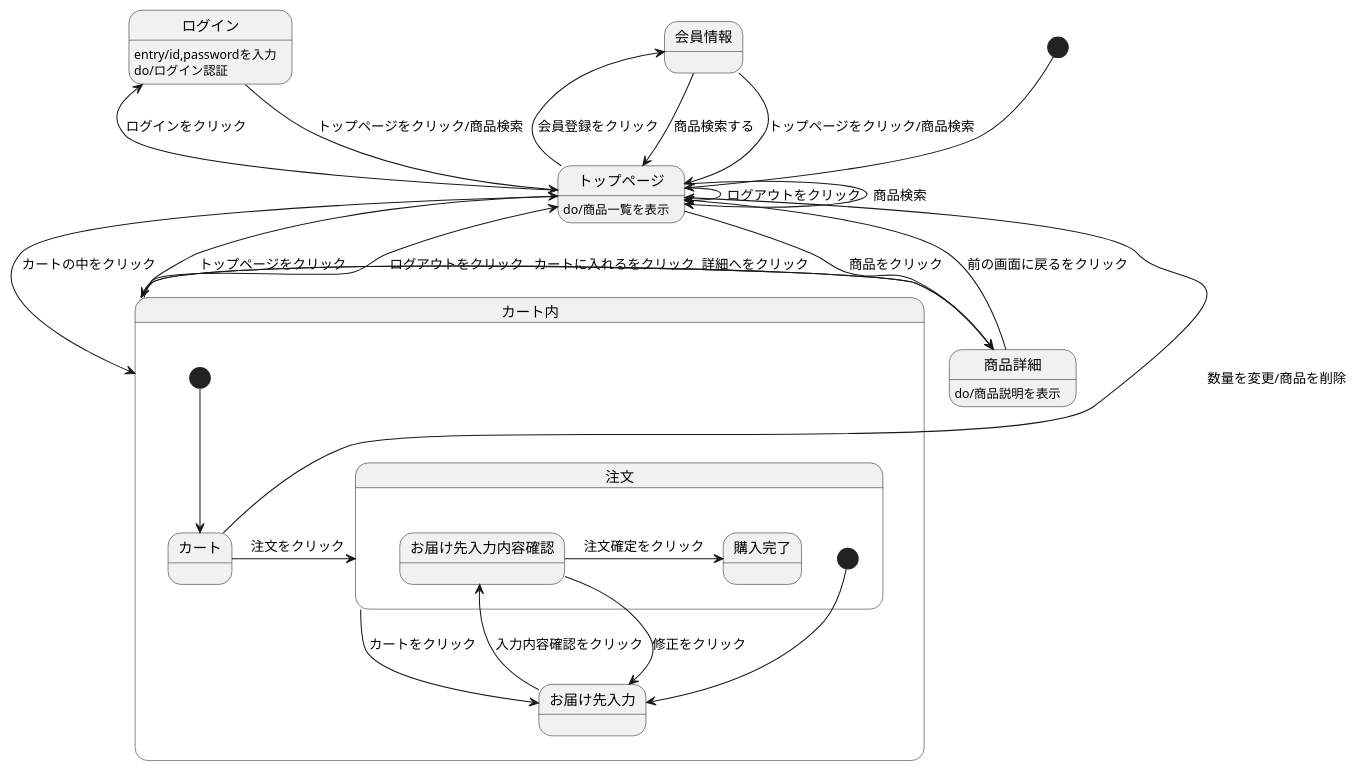
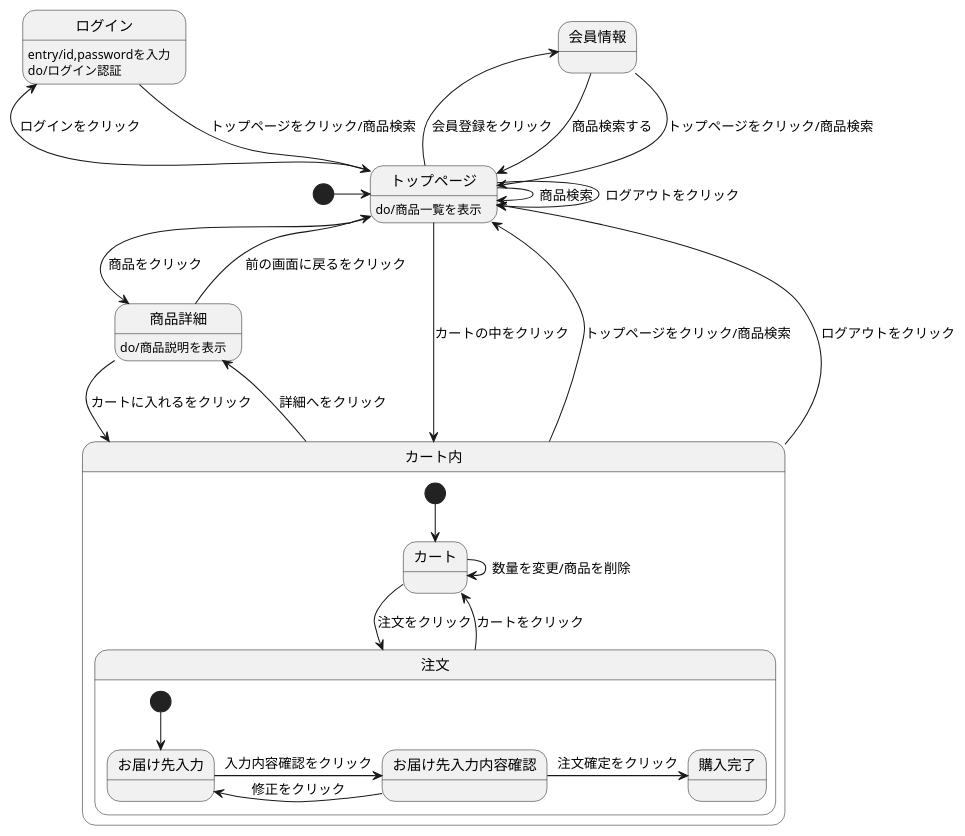
The diagram in stm01.md (Aso2001170/2021sys-design), drawn with PlantUML before and after one commit.

````diff
--- a/stm01.md
+++ b/stm01.md
@@ -1,36 +1,36 @@
 ```uml
 @startuml
-[*] --> トップページ
+[*] -> トップページ
 会員情報 --> トップページ : トップページをクリック/商品検索
 ログイン --> トップページ : トップページをクリック/商品検索
 ログイン : entry/id,passwordを入力
 ログイン : do/ログイン認証
 トップページ --> トップページ : ログアウトをクリック
-トップページ --> トップページ : 商品検索
-トップページ --> 商品詳細 : 商品をクリック
-トップページ-left-> 会員情報 : 会員登録をクリック
-トップページ-left-> ログイン : ログインをクリック
+トップページ -> トップページ : 商品検索
+トップページ -> 商品詳細 : 商品をクリック
+トップページ -left-> 会員情報 : 会員登録をクリック
+トップページ -left-> ログイン : ログインをクリック
 トップページ --> カート内 : カートの中をクリック
 トップページ : do/商品一覧を表示
 商品詳細 --> カート内 : カートに入れるをクリック
 商品詳細 --> トップページ : 前の画面に戻るをクリック
 商品詳細 : do/商品説明を表示
 会員情報 -> トップページ : 商品検索する
-カート内 -up-> トップページ : トップページをクリック
+カート内 -up-> トップページ : トップページをクリック/商品検索
 カート内 -up-> トップページ : ログアウトをクリック
 カート内 -> 商品詳細 : 詳細へをクリック
 
 state カート内 {
  [*] --> カート
  カート -> 注文 : 注文をクリック
- カート -> トップページ : 数量を変更/商品を削除
- 注文 --> お届け先入力 : カートをクリック
+ カート -> カート : 数量を変更/商品を削除
+ 注文 --> カート : カートをクリック
  state 注文 {
   [*] --> お届け先入力
   お届け先入力 -> お届け先入力内容確認 : 入力内容確認をクリック
   お届け先入力内容確認 -> お届け先入力 : 修正をクリック
   お届け先入力内容確認 -> 購入完了 : 注文確定をクリック
   }
  }
 @enduml
 ```
````
